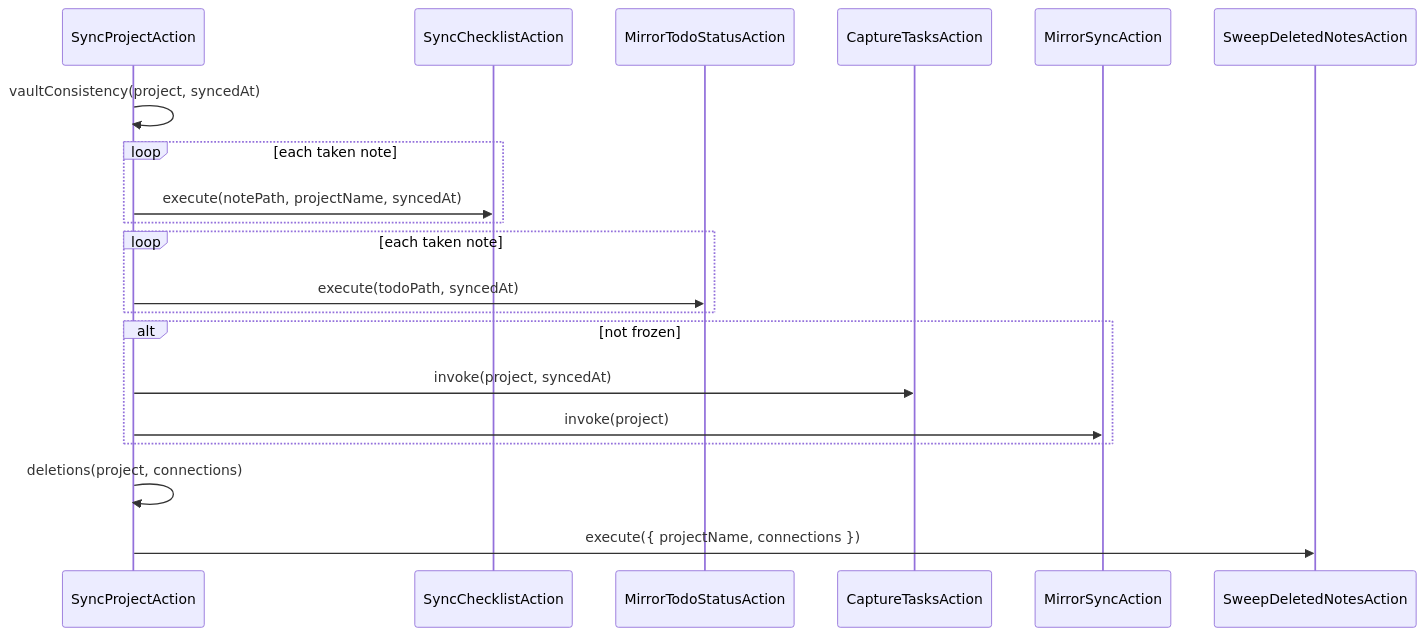
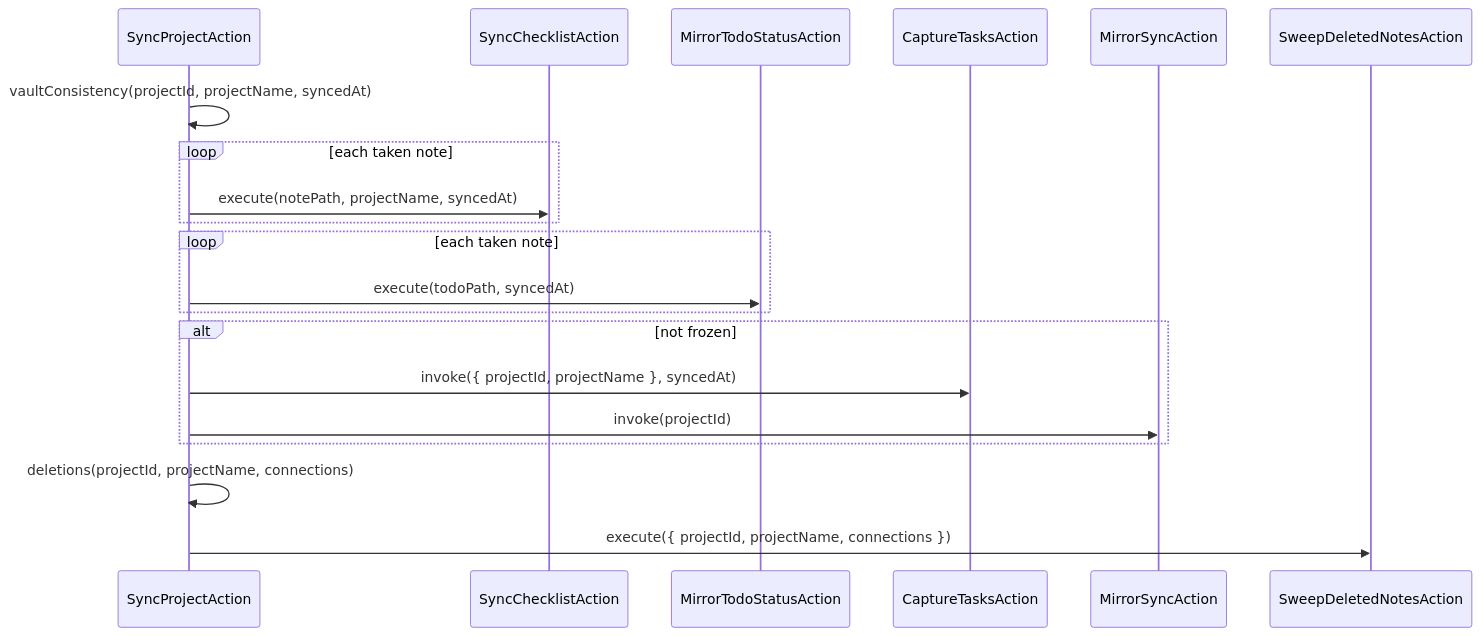
The third of 16 diagrams in docs/developer-manual.md (99linesofcode/obsidian-project-management), drawn with Mermaid before and after one commit. The commit also changed other lines of this file and 118 other files, not shown here.

````diff
--- a/docs/developer-manual.md
+++ b/docs/developer-manual.md
@@ -222,23 +229,23 @@
 ```mermaid
 sequenceDiagram
   participant SP as SyncProjectAction
   participant Chk as SyncChecklistAction
   participant Mir as MirrorTodoStatusAction
   participant TC as CaptureTasksAction
   participant TF as MirrorSyncAction
   participant Sweep as SweepDeletedNotesAction
 
-  SP->>SP: vaultConsistency(project, syncedAt)
+  SP->>SP: vaultConsistency(projectId, projectName, syncedAt)
   loop each taken note
     SP->>Chk: execute(notePath, projectName, syncedAt)
   end
   loop each taken note
     SP->>Mir: execute(todoPath, syncedAt)
   end
   alt not frozen
-    SP->>TC: invoke(project, syncedAt)
-    SP->>TF: invoke(project)
+    SP->>TC: invoke({ projectId, projectName }, syncedAt)
+    SP->>TF: invoke(projectId)
   end
-  SP->>SP: deletions(project, connections)
-  SP->>Sweep: execute({ projectName, connections })
+  SP->>SP: deletions(projectId, projectName, connections)
+  SP->>Sweep: execute({ projectId, projectName, connections })
 ```
````
